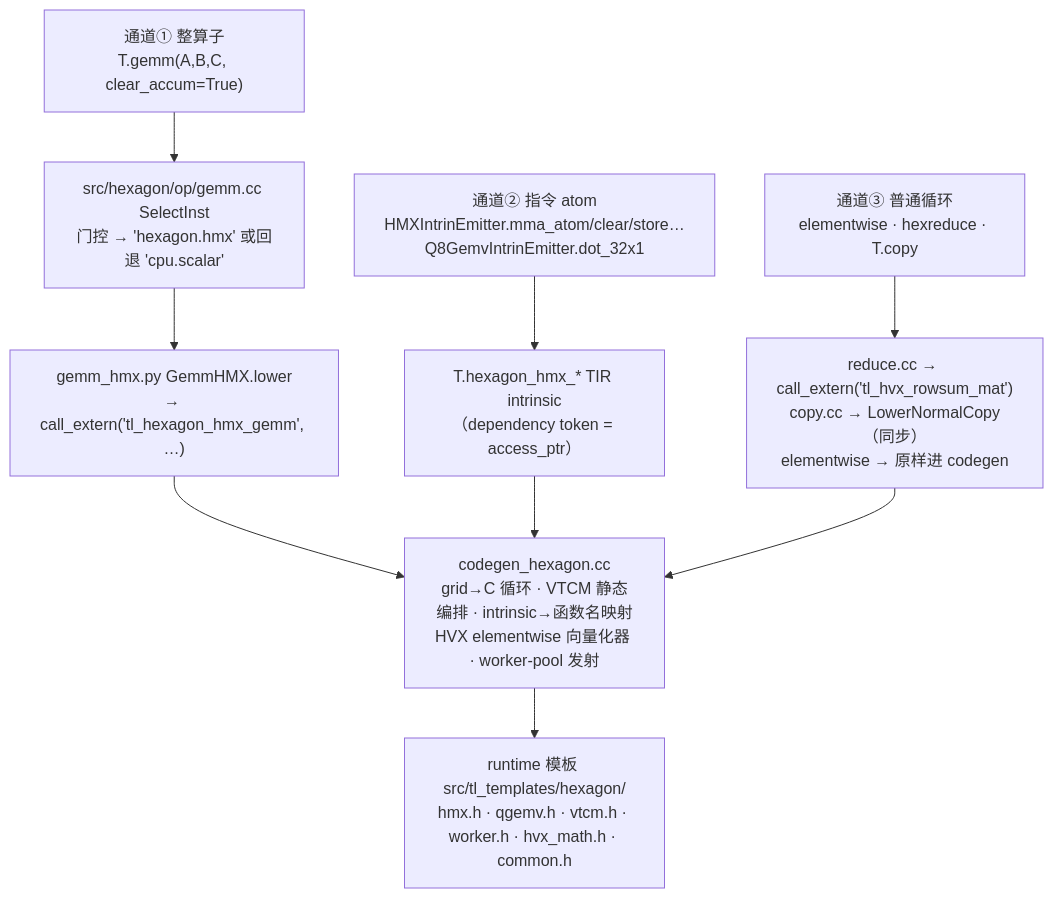
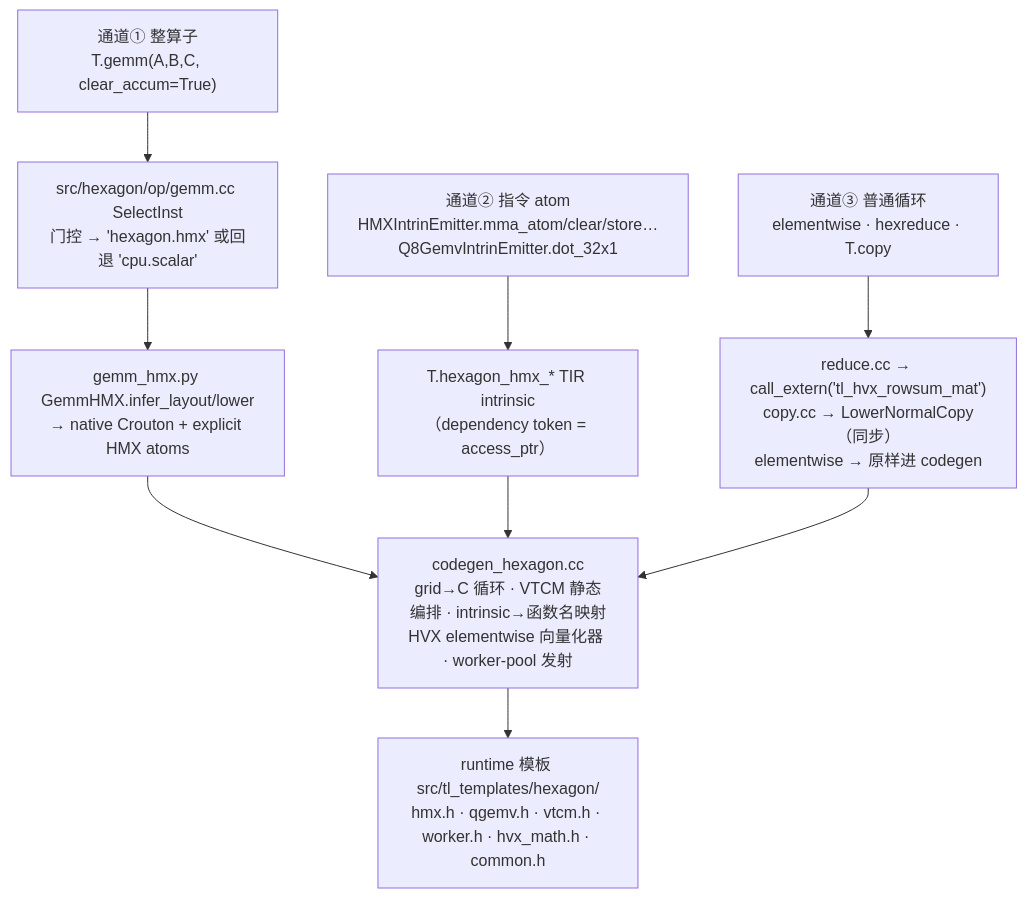
One commit to xwhzz/tilelang-hexagon changed the diagram in docs/hexagon_kernel_compiler_walkthrough.md. Above: the diagram before and after it, drawn with Mermaid. The commit also changed other lines of this file and 24 other files, not shown here.

Commit message:
feat(hexagon): add native HMX Crouton copy and GEMM lowering

````diff
--- a/docs/hexagon_kernel_compiler_walkthrough.md
+++ b/docs/hexagon_kernel_compiler_walkthrough.md
@@ -31,14 +31,14 @@
 ```mermaid
 flowchart TB
     A["通道① 整算子<br/>T.gemm(A,B,C, clear_accum=True)"]
     B["通道② 指令 atom<br/>HMXIntrinEmitter.mma_atom/clear/store…<br/>Q8GemvIntrinEmitter.dot_32x1"]
     C["通道③ 普通循环<br/>elementwise · hexreduce · T.copy"]
     A --> SA["src/hexagon/op/gemm.cc SelectInst<br/>门控 → 'hexagon.hmx' 或回退 'cpu.scalar'"]
-    SA --> LA["gemm_hmx.py GemmHMX.lower<br/>→ call_extern('tl_hexagon_hmx_gemm', …)"]
+    SA --> LA["gemm_hmx.py GemmHMX.infer_layout/lower<br/>→ native Crouton + explicit HMX atoms"]
     B --> LB["T.hexagon_hmx_* TIR intrinsic<br/>（dependency token = access_ptr）"]
     C --> LC["reduce.cc → call_extern('tl_hvx_rowsum_mat')<br/>copy.cc → LowerNormalCopy（同步）<br/>elementwise → 原样进 codegen"]
     LA --> CG["codegen_hexagon.cc<br/>grid→C 循环 · VTCM 静态编排 · intrinsic→函数名映射<br/>HVX elementwise 向量化器 · worker-pool 发射"]
     LB --> CG
     LC --> CG
     CG --> RT["runtime 模板 src/tl_templates/hexagon/<br/>hmx.h · qgemv.h · vtcm.h · worker.h · hvx_math.h · common.h"]
 ```
````
